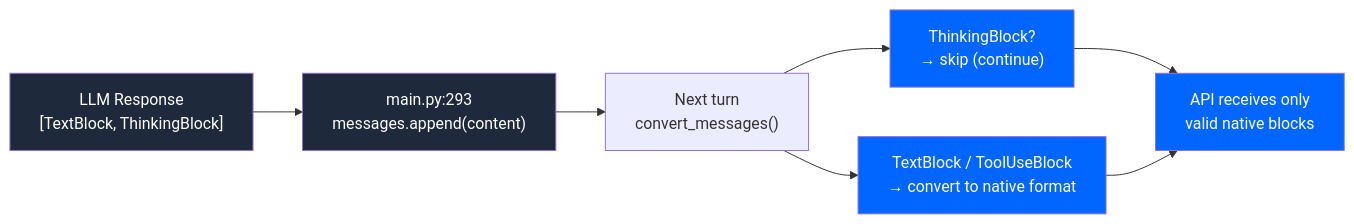
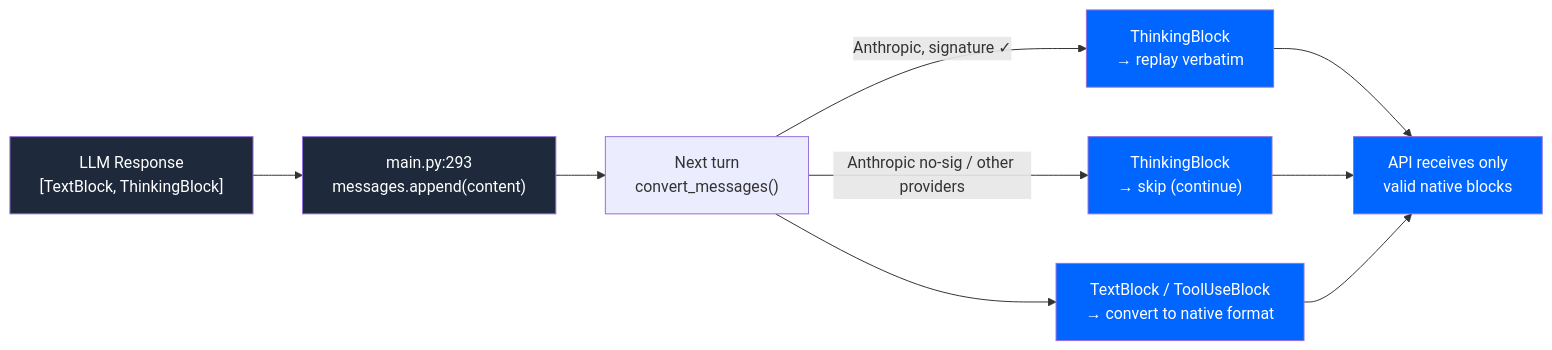
Diagram 22 of 25 in README.md (JosephOIbrahim/Comfy-Cozy), drawn with Mermaid before and after one commit. The commit also changed other lines of this file, not shown here.

````diff
--- a/README.md
+++ b/README.md
@@ -955,15 +957,18 @@
 ```mermaid
 graph LR
     LLM["LLM Response<br/>[TextBlock, ThinkingBlock]"] --> Store["main.py:293<br/>messages.append(content)"]
     Store --> NextTurn["Next turn<br/>convert_messages()"]
-    NextTurn --> Skip["ThinkingBlock?<br/>→ skip (continue)"]
+    NextTurn -->|"Anthropic, signature ✓"| Replay["ThinkingBlock<br/>→ replay verbatim"]
+    NextTurn -->|"Anthropic no-sig / other providers"| Skip["ThinkingBlock<br/>→ skip (continue)"]
     NextTurn --> Keep["TextBlock / ToolUseBlock<br/>→ convert to native format"]
+    Replay --> Safe
     Skip --> Safe["API receives only<br/>valid native blocks"]
     Keep --> Safe
 
     style LLM fill:#1e293b,color:#fff
     style Store fill:#1e293b,color:#fff
+    style Replay fill:#0066FF,color:#fff
     style Skip fill:#0066FF,color:#fff
     style Keep fill:#0066FF,color:#fff
     style Safe fill:#0066FF,color:#fff
 ```
````
